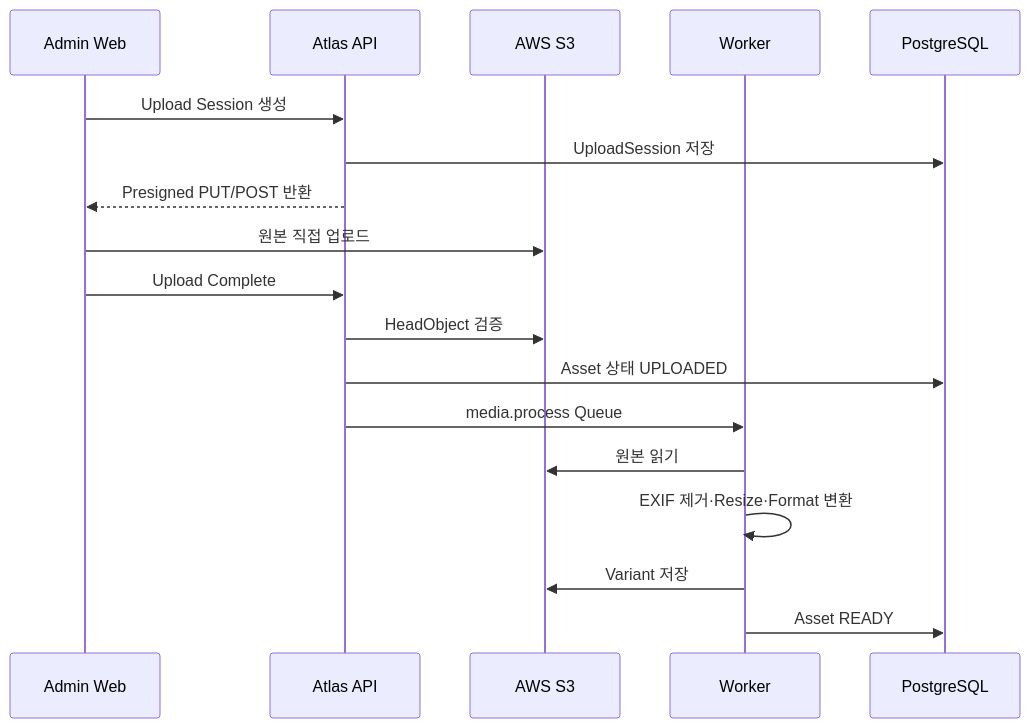
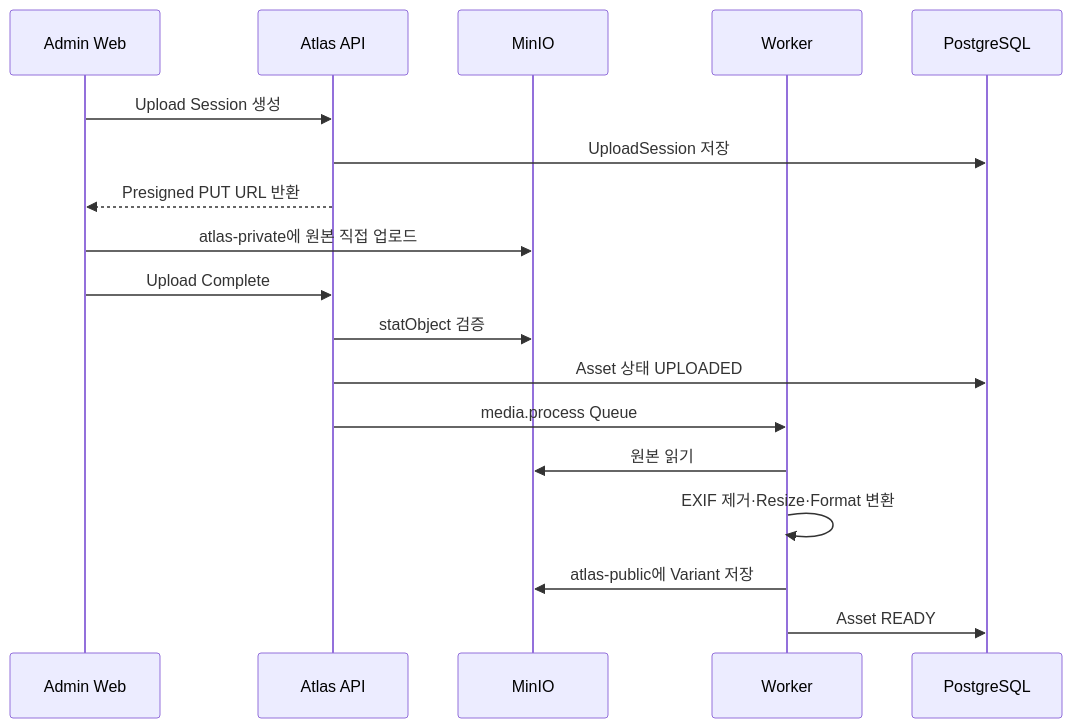
The fourth of 4 diagrams in docs/atlas-platform-design.md (orot11955/atlas), drawn with Mermaid before and after one commit. The commit also changed other lines of this file, not shown here.

Commit message:
docs: replace S3 design with MinIO architecture

````diff
--- a/docs/atlas-platform-design.md
+++ b/docs/atlas-platform-design.md
@@ -1022,21 +1108,21 @@
 ```mermaid
 sequenceDiagram
     participant U as Admin Web
     participant A as Atlas API
-    participant S as AWS S3
+    participant M as MinIO
     participant W as Worker
     participant D as PostgreSQL
 
     U->>A: Upload Session 생성
     A->>D: UploadSession 저장
-    A-->>U: Presigned PUT/POST 반환
-    U->>S: 원본 직접 업로드
+    A-->>U: Presigned PUT URL 반환
+    U->>M: atlas-private에 원본 직접 업로드
     U->>A: Upload Complete
-    A->>S: HeadObject 검증
+    A->>M: statObject 검증
     A->>D: Asset 상태 UPLOADED
     A->>W: media.process Queue
-    W->>S: 원본 읽기
+    W->>M: 원본 읽기
     W->>W: EXIF 제거·Resize·Format 변환
-    W->>S: Variant 저장
+    W->>M: atlas-public에 Variant 저장
     W->>D: Asset READY
 ```
````
